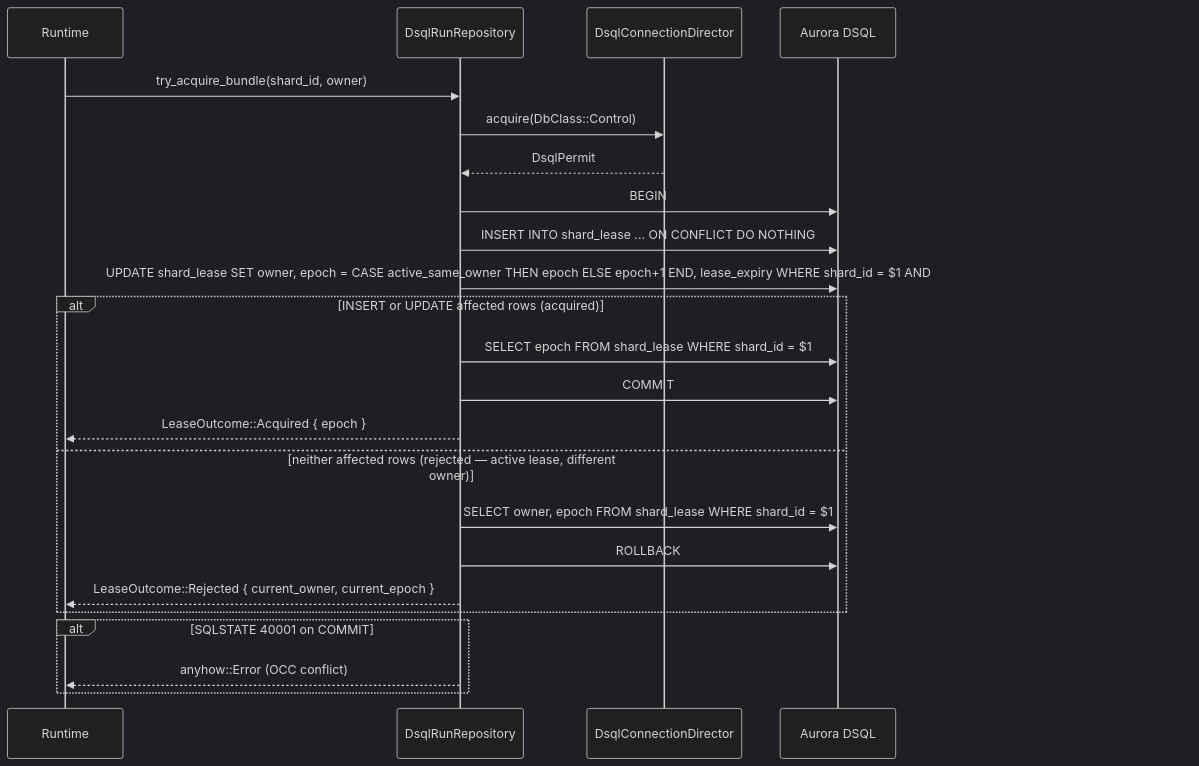
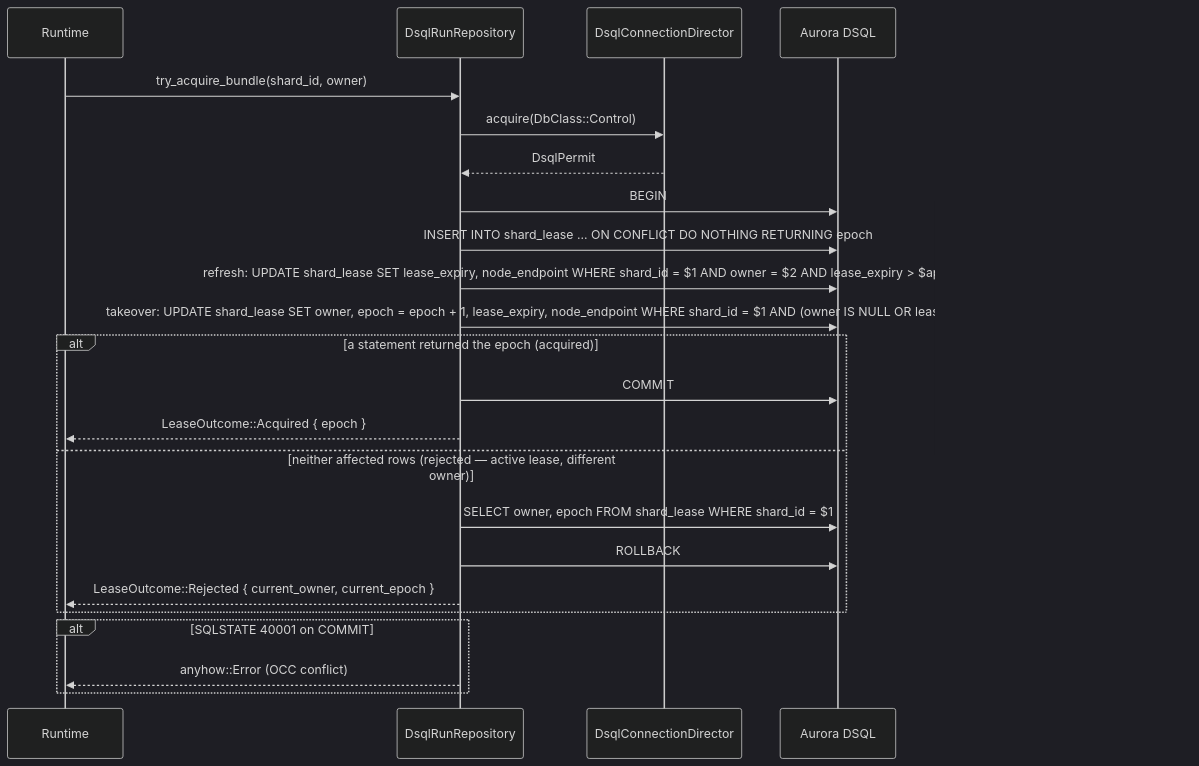
Before and after one commit to tokeira/tokeira: the second of 4 diagrams in .kiro/specs/dsql-shard-leasing/design.md, drawn with Mermaid (dark theme). The commit also changed other lines of this file and 7 other files, not shown here.

````diff
--- a/.kiro/specs/dsql-shard-leasing/design.md
+++ b/.kiro/specs/dsql-shard-leasing/design.md
@@ -72,28 +72,28 @@
 ```mermaid
 sequenceDiagram
     participant RT as Runtime
     participant REPO as DsqlRunRepository
     participant DIR as DsqlConnectionDirector
     participant DB as Aurora DSQL
 
     RT->>REPO: try_acquire_bundle(shard_id, owner)
     REPO->>DIR: acquire(DbClass::Control)
     DIR-->>REPO: DsqlPermit
     REPO->>DB: BEGIN
-    REPO->>DB: INSERT INTO shard_lease ... ON CONFLICT DO NOTHING
-    REPO->>DB: UPDATE shard_lease SET owner, epoch = CASE active_same_owner THEN epoch ELSE epoch+1 END, lease_expiry WHERE shard_id = $1 AND (owner = $2 OR lease_expiry <= $app_now)
+    REPO->>DB: INSERT INTO shard_lease ... ON CONFLICT DO NOTHING RETURNING epoch
+    REPO->>DB: refresh: UPDATE shard_lease SET lease_expiry, node_endpoint WHERE shard_id = $1 AND owner = $2 AND lease_expiry > $app_now RETURNING epoch
+    REPO->>DB: takeover: UPDATE shard_lease SET owner, epoch = epoch + 1, lease_expiry, node_endpoint WHERE shard_id = $1 AND (owner IS NULL OR lease_expiry <= $app_now) RETURNING epoch
 
-    alt INSERT or UPDATE affected rows (acquired)
-        REPO->>DB: SELECT epoch FROM shard_lease WHERE shard_id = $1
+    alt a statement returned the epoch (acquired)
         REPO->>DB: COMMIT
         REPO-->>RT: LeaseOutcome::Acquired { epoch }
     else neither affected rows (rejected — active lease, different owner)
         REPO->>DB: SELECT owner, epoch FROM shard_lease WHERE shard_id = $1
         REPO->>DB: ROLLBACK
         REPO-->>RT: LeaseOutcome::Rejected { current_owner, current_epoch }
     end
 
     alt SQLSTATE 40001 on COMMIT
         REPO-->>RT: anyhow::Error (OCC conflict)
     end
 ```
````
